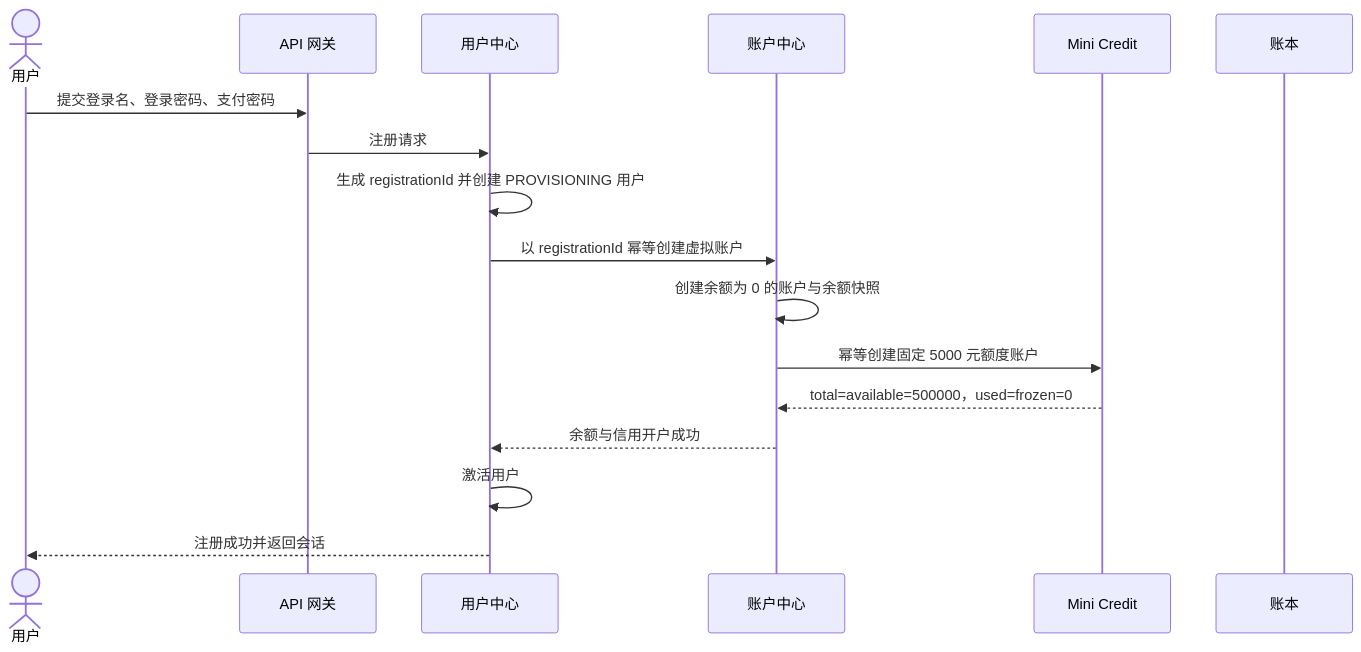
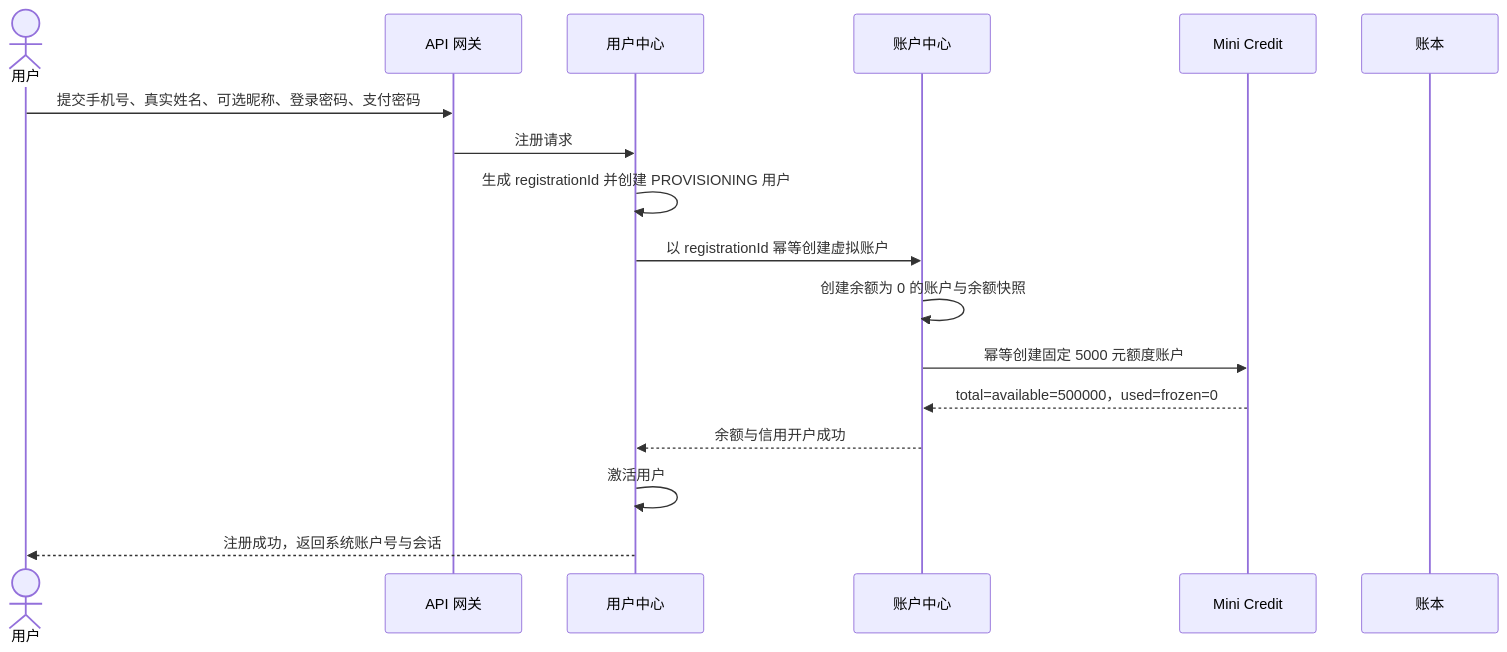
Before and after one commit to JN6565/MiniAlalipay: the tenth of 32 diagrams in docs/minialalipay/minialalipay-system-analysis.md, drawn with Mermaid. The commit also changed other lines of this file and 42 other files, not shown here.

````diff
--- a/docs/minialalipay/minialalipay-system-analysis.md
+++ b/docs/minialalipay/minialalipay-system-analysis.md
@@ -1104,20 +1104,20 @@
 ```mermaid
 sequenceDiagram
     actor U as 用户
     participant G as API 网关
     participant UC as 用户中心
     participant AC as 账户中心
     participant CR as Mini Credit
     participant L as 账本
 
-    U->>G: 提交登录名、登录密码、支付密码
+    U->>G: 提交手机号、真实姓名、可选昵称、登录密码、支付密码
     G->>UC: 注册请求
     UC->>UC: 生成 registrationId 并创建 PROVISIONING 用户
     UC->>AC: 以 registrationId 幂等创建虚拟账户
     AC->>AC: 创建余额为 0 的账户与余额快照
     AC->>CR: 幂等创建固定 5000 元额度账户
     CR-->>AC: total=available=500000，used=frozen=0
     AC-->>UC: 余额与信用开户成功
     UC->>UC: 激活用户
-    UC-->>U: 注册成功并返回会话
+    UC-->>U: 注册成功，返回系统账户号与会话
 ```
````
